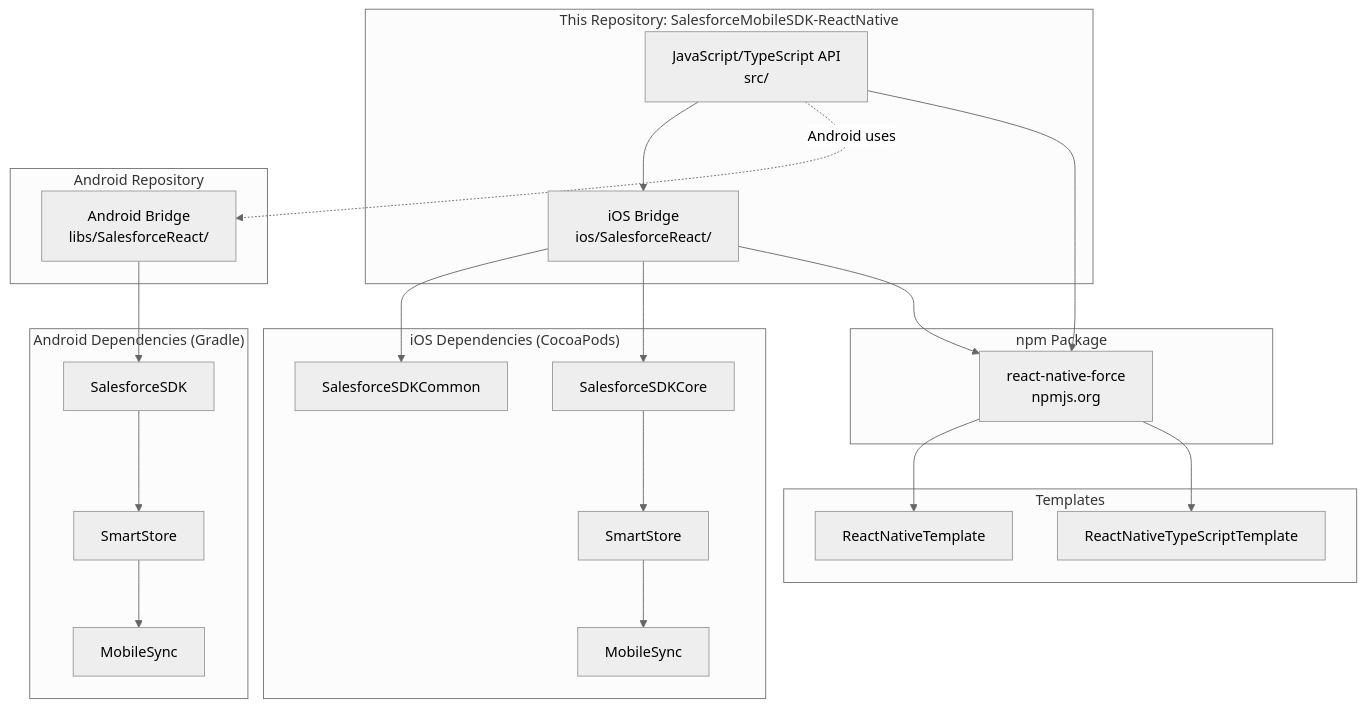
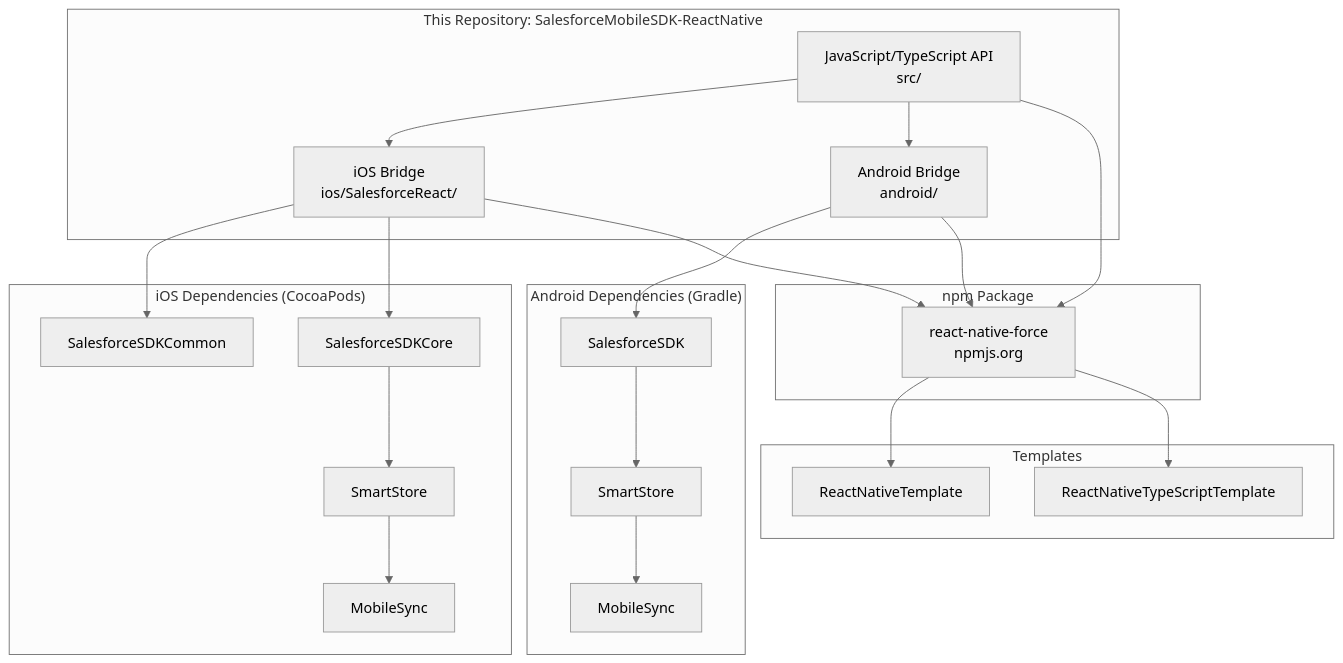
Before and after one commit to wmathurin/SalesforceMobileSDK-ReactNative: the sixth of 8 diagrams in docs/ARCHITECTURE.md, drawn with Mermaid (neutral theme). The commit also changed other lines of this file and 1 other file, not shown here.

Commit message:
Update docs: Android bridge now in this repo, unified module names

````diff
--- a/docs/ARCHITECTURE.md
+++ b/docs/ARCHITECTURE.md
@@ -467,50 +477,48 @@
 ```mermaid
 graph TB
     subgraph "This Repository: SalesforceMobileSDK-ReactNative"
         A[JavaScript/TypeScript API<br/>src/]
         B[iOS Bridge<br/>ios/SalesforceReact/]
+        BA[Android Bridge<br/>android/]
     end
     
     subgraph "iOS Dependencies (CocoaPods)"
         C[SalesforceSDKCommon]
         D[SalesforceSDKCore]
         E[SmartStore]
         F[MobileSync]
-    end
-    
-    subgraph "Android Repository"
-        G[Android Bridge<br/>libs/SalesforceReact/]
     end
     
     subgraph "Android Dependencies (Gradle)"
         H[SalesforceSDK]
         I[SmartStore]
         J[MobileSync]
     end
     
     subgraph "npm Package"
         K[react-native-force<br/>npmjs.org]
     end
     
     subgraph "Templates"
         L[ReactNativeTemplate]
         M[ReactNativeTypeScriptTemplate]
     end
     
     A --> B
+    A --> BA
     B --> C
     B --> D
     D --> E
     E --> F
     
-    A -.Android uses.-> G
-    G --> H
+    BA --> H
     H --> I
     I --> J
     
     A --> K
     B --> K
+    BA --> K
     
     K --> L
     K --> M
 ```
````
